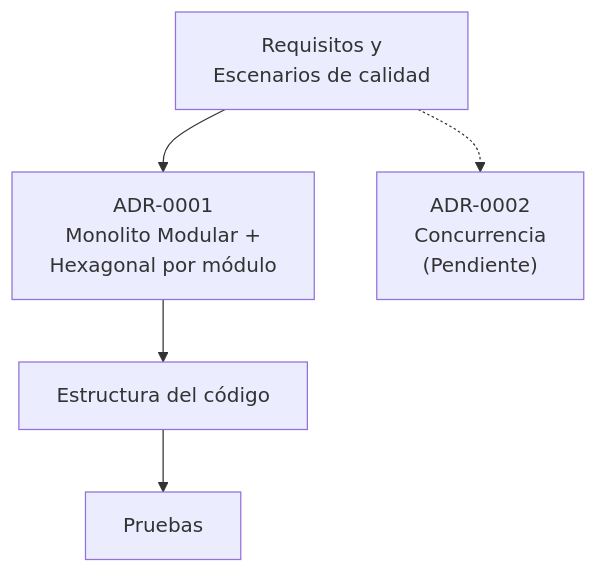
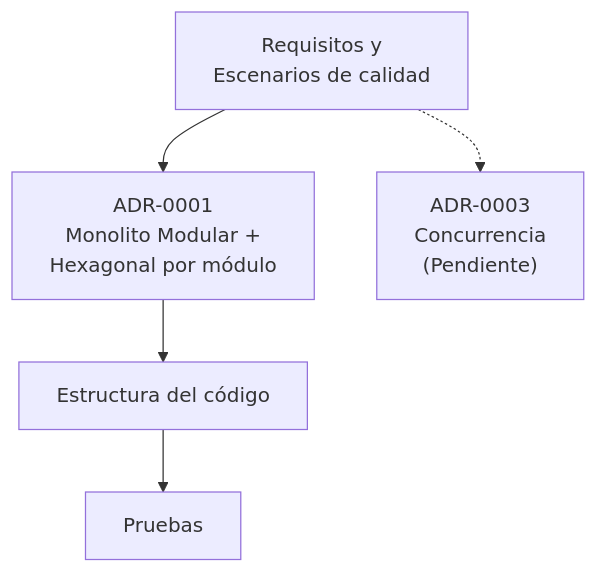
The seventh of 7 diagrams in docs/arc42/arc42-template-EN.md (ISCOUTB/AS_202620_InvenTrack), drawn with Mermaid before and after one commit. The commit also changed other lines of this file, not shown here.

Commit message:
Update ADR references from ADR-0002 to ADR-0003

````diff
--- a/docs/arc42/arc42-template-EN.md
+++ b/docs/arc42/arc42-template-EN.md
@@ -499,21 +499,21 @@
 ```mermaid
 flowchart TB
 
     REQ["Requisitos y<br/>Escenarios de calidad"]
 
     ADR1["ADR-0001<br/>Monolito Modular +<br/>Hexagonal por módulo"]
 
     CODE["Estructura del código"]
 
     TEST["Pruebas"]
 
     REQ --> ADR1
 
     ADR1 --> CODE
 
     CODE --> TEST
 
-    ADR2["ADR-0002<br/>Concurrencia<br/>(Pendiente)"]
+    ADR3["ADR-0003<br/>Concurrencia<br/>(Pendiente)"]
 
-    REQ -.-> ADR2
+    REQ -.-> ADR3
 ```
````
